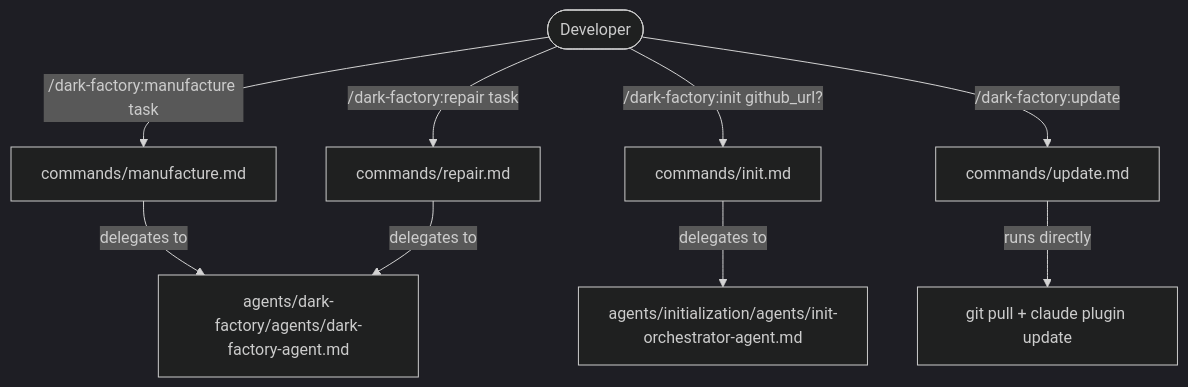
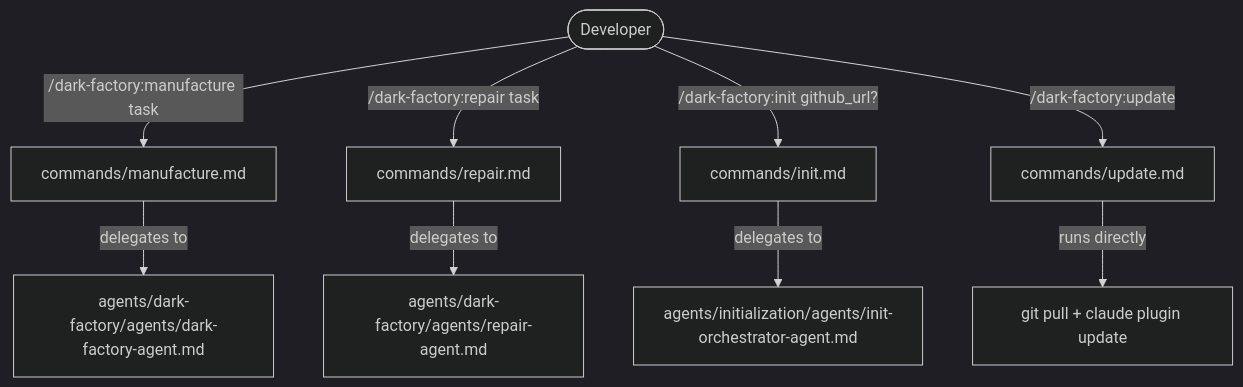
Before and after one commit to lewibs/dark-factory: the diagram in docs/docs/commands.md, drawn with Mermaid (dark theme). The commit also changed other lines of this file and 7 other files, not shown here.

First line of the commit message:
refactor(repair): rename repair-implementation-agent to repair-agent

````diff
--- a/docs/docs/commands.md
+++ b/docs/docs/commands.md
@@ -18,12 +18,12 @@
 ```mermaid
 flowchart TD
   Dev([Developer]) -->|/dark-factory:manufacture task| CMD_M[commands/manufacture.md]
   Dev -->|/dark-factory:repair task| CMD_R[commands/repair.md]
   Dev -->|/dark-factory:init github_url?| CMD_I[commands/init.md]
   Dev -->|/dark-factory:update| CMD_U[commands/update.md]
 
   CMD_M -->|delegates to| DFA[agents/dark-factory/agents/dark-factory-agent.md]
-  CMD_R -->|delegates to| DFA
+  CMD_R -->|delegates to| RA[agents/dark-factory/agents/repair-agent.md]
   CMD_I -->|delegates to| IOA[agents/initialization/agents/init-orchestrator-agent.md]
   CMD_U -->|runs directly| GIT[git pull + claude plugin update]
 ```
````
